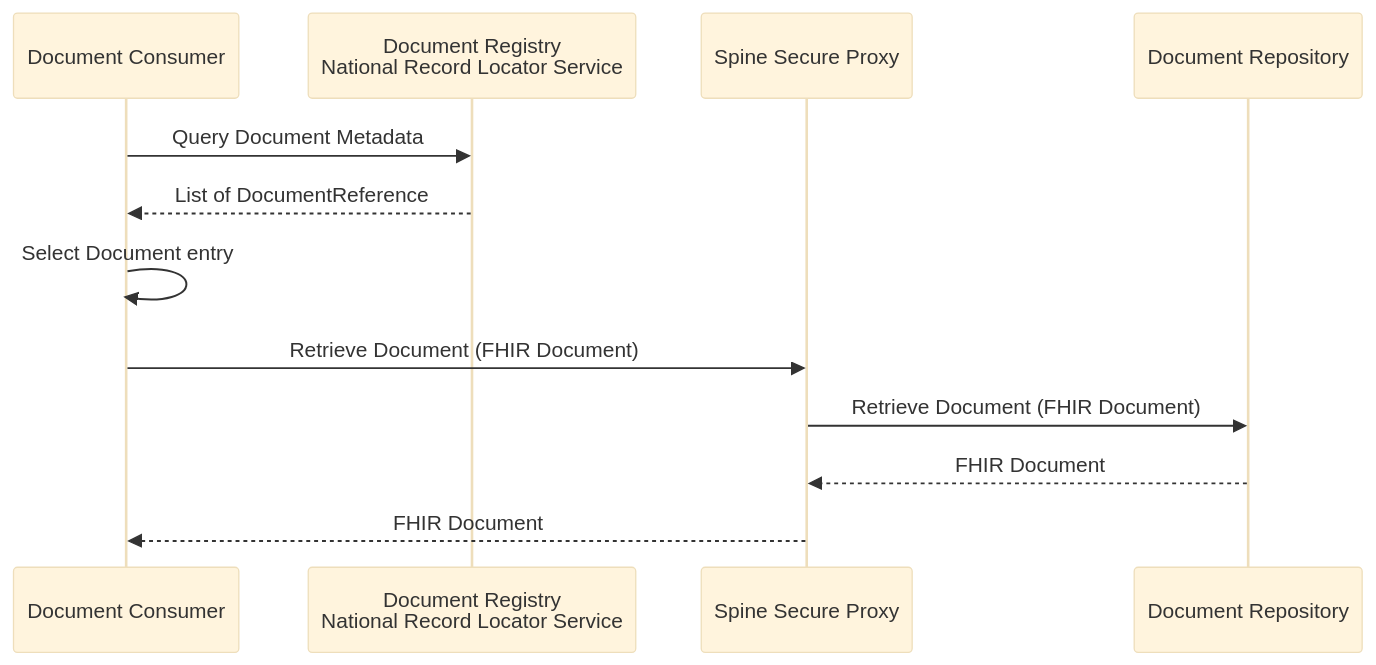
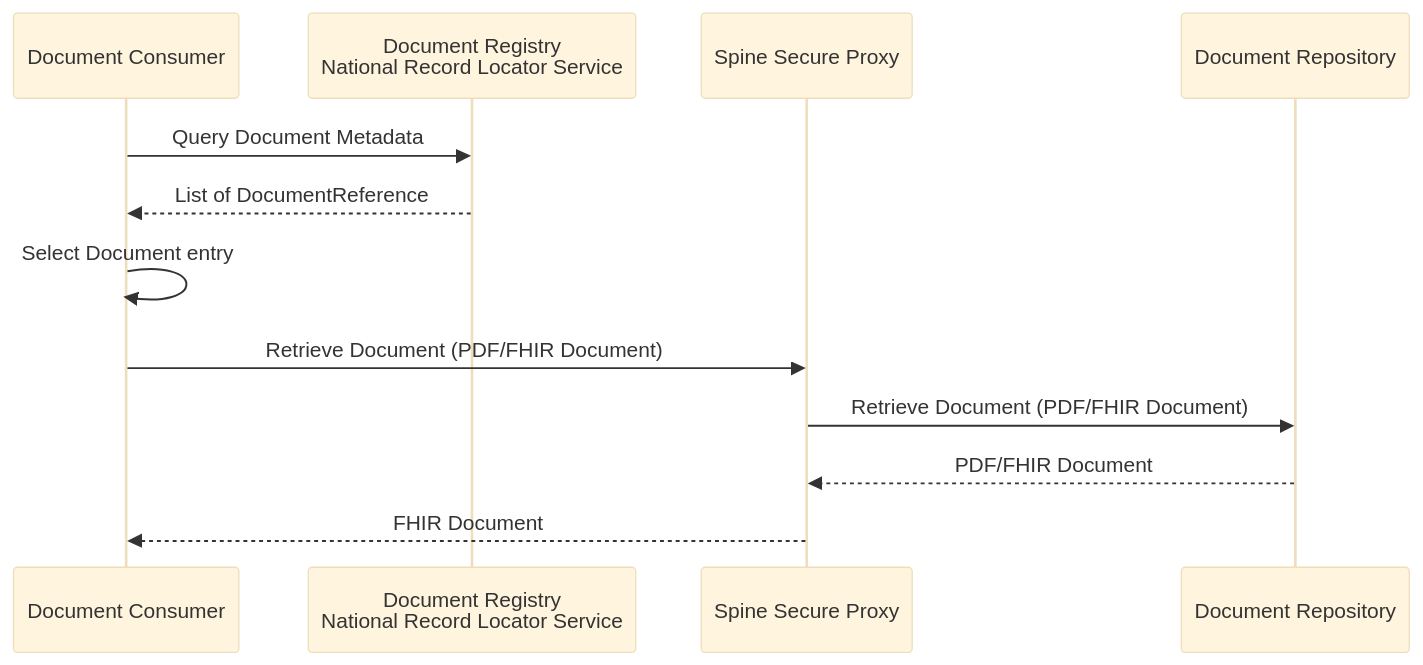
One commit to uk-gov-mirror/nw-gmsa.nw-gmsa.github.com changed the sixth of 6 diagrams in input/pagecontent/report-options.md. Above: the diagram before and after it, drawn with Mermaid (base theme).

Commit message:
Report options

````diff
--- a/input/pagecontent/report-options.md
+++ b/input/pagecontent/report-options.md
@@ -108,15 +108,15 @@
 ```mermaid
 sequenceDiagram
     participant Consumer As Document Consumer
     participant Registry As Document Registry<br/>National Record Locator Service
     participant SSP As Spine Secure Proxy
     participant Repository As Document Repository
 
     Consumer ->> Registry: Query Document Metadata
     Registry -->> Consumer: List of DocumentReference
     Consumer ->> Consumer: Select Document entry
-    Consumer ->> SSP: Retrieve Document (FHIR Document)
-    SSP ->> Repository: Retrieve Document (FHIR Document)
-    Repository -->> SSP: FHIR Document
+    Consumer ->> SSP: Retrieve Document (PDF/FHIR Document)
+    SSP ->> Repository: Retrieve Document (PDF/FHIR Document)
+    Repository -->> SSP: PDF/FHIR Document
     SSP -->> Consumer: FHIR Document
 ```
````
